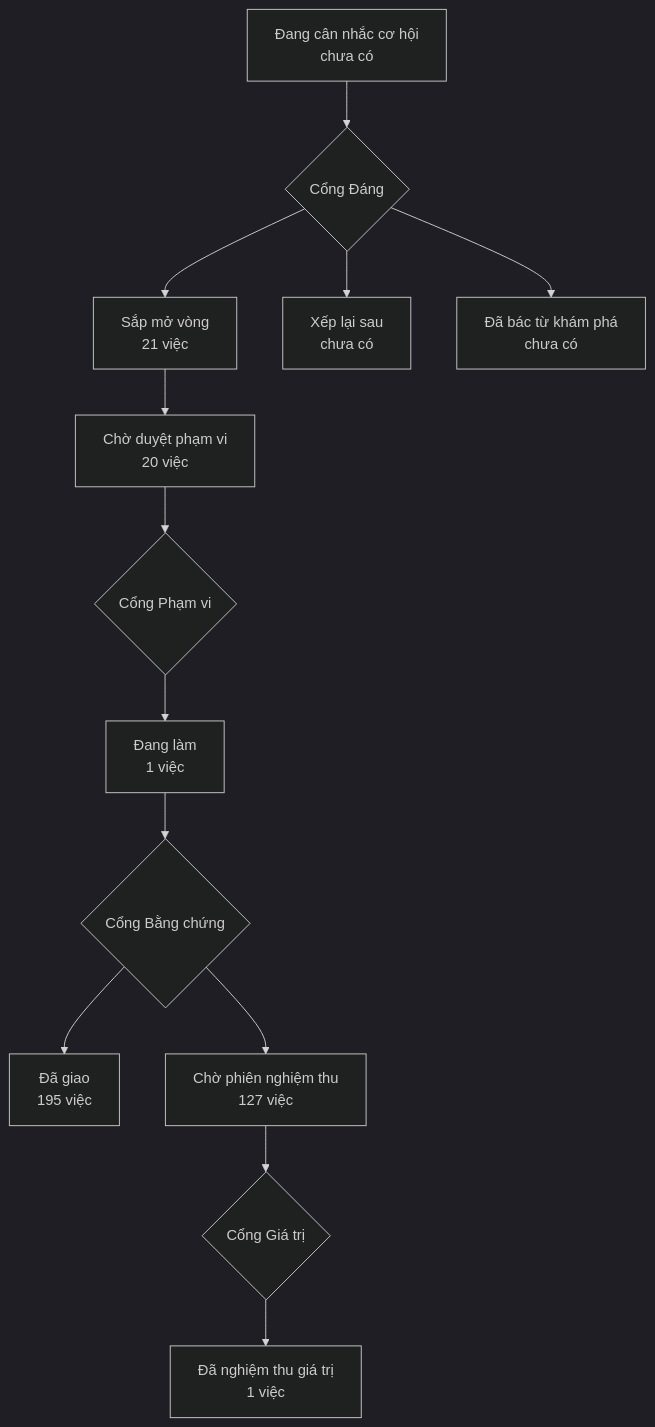
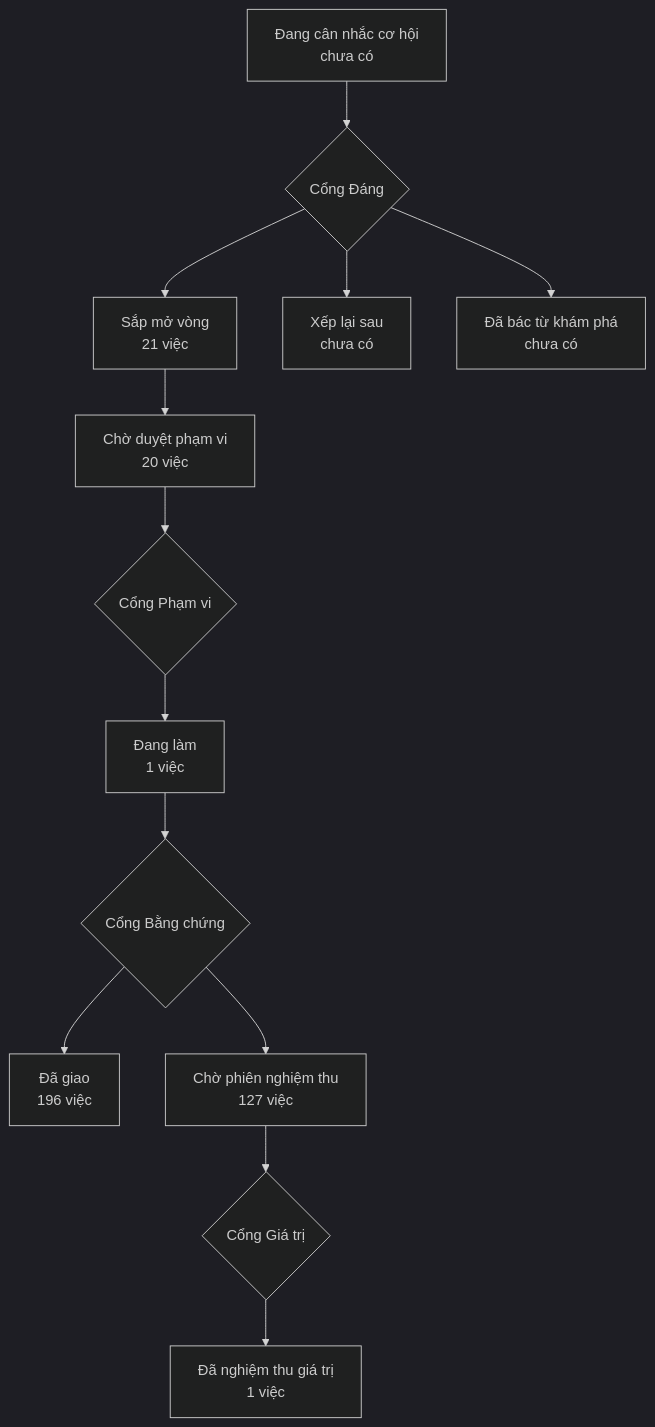
The diagram in PRODUCT-MAP.md (phanlemanh/onehub-invest), drawn with Mermaid (dark theme) before and after one commit. The commit also changed other lines of this file and 1 other file, not shown here.

Commit message:
chore: vẽ lại bản đồ sau khi nhận main 573eba52

````diff
--- a/PRODUCT-MAP.md
+++ b/PRODUCT-MAP.md
@@ -7,12 +7,12 @@
 ```mermaid
 flowchart TD
   A["Đang cân nhắc cơ hội<br/>chưa có"] --> GD{"Cổng Đáng"}
   GD --> B["Sắp mở vòng<br/>21 việc"]
   GD --> XL["Xếp lại sau<br/>chưa có"]
   GD --> DB["Đã bác từ khám phá<br/>chưa có"]
   B --> CD["Chờ duyệt phạm vi<br/>20 việc"] --> GP{"Cổng Phạm vi"}
   GP --> DL["Đang làm<br/>1 việc"] --> GB{"Cổng Bằng chứng"}
-  GB --> DG["Đã giao<br/>195 việc"]
+  GB --> DG["Đã giao<br/>196 việc"]
   GB --> CN["Chờ phiên nghiệm thu<br/>127 việc"] --> GG{"Cổng Giá trị"}
   GG --> NT["Đã nghiệm thu giá trị<br/>1 việc"]
 ```
````
